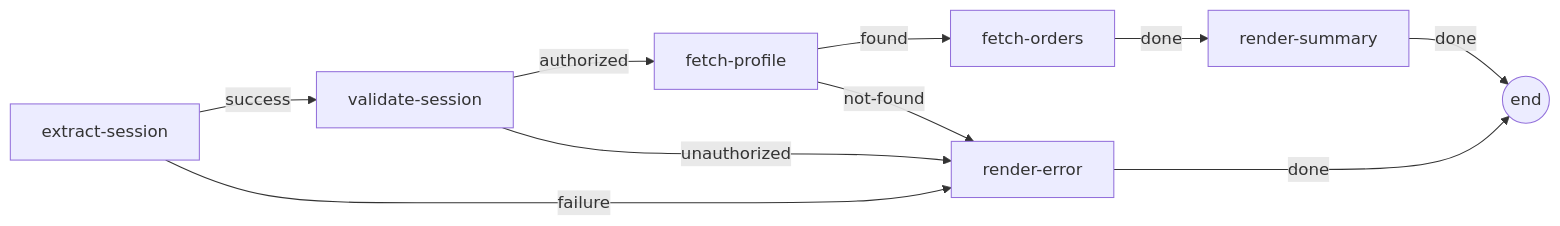
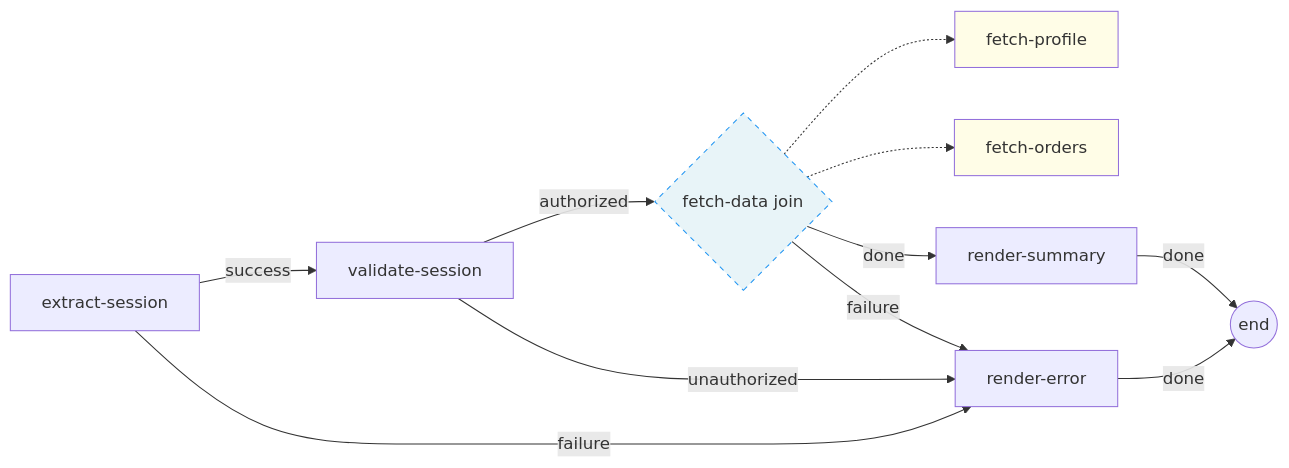
Before and after one commit to yogthos/mycelium: the sixth of 6 diagrams in examples/user_onboarding/README.md, drawn with Mermaid. The commit also changed other lines of this file and 1 other file, not shown here.

Commit message:
Document join nodes for fork-join parallel execution

````diff
--- a/examples/user_onboarding/README.md
+++ b/examples/user_onboarding/README.md
@@ -68,12 +68,17 @@
 ```mermaid
 graph LR
     start[extract-session] -->|success| validate[validate-session]
     start -->|failure| err[render-error]
-    validate -->|authorized| fetch[fetch-profile]
+    validate -->|authorized| fetch_data{fetch-data join}
     validate -->|unauthorized| err
-    fetch -->|found| orders[fetch-orders]
-    fetch -->|not-found| err
-    orders -->|done| summary[render-summary]
+    fetch_data -.-> fp[fetch-profile]
+    fetch_data -.-> fo[fetch-orders]
+    fetch_data -->|done| summary[render-summary]
+    fetch_data -->|failure| err
     summary -->|done| stop((end))
     err -->|done| stop
+
+    style fetch_data fill:#e8f4f8,stroke:#2196F3,stroke-dasharray: 5 5
+    style fp fill:#fffde7
+    style fo fill:#fffde7
 ```
````
